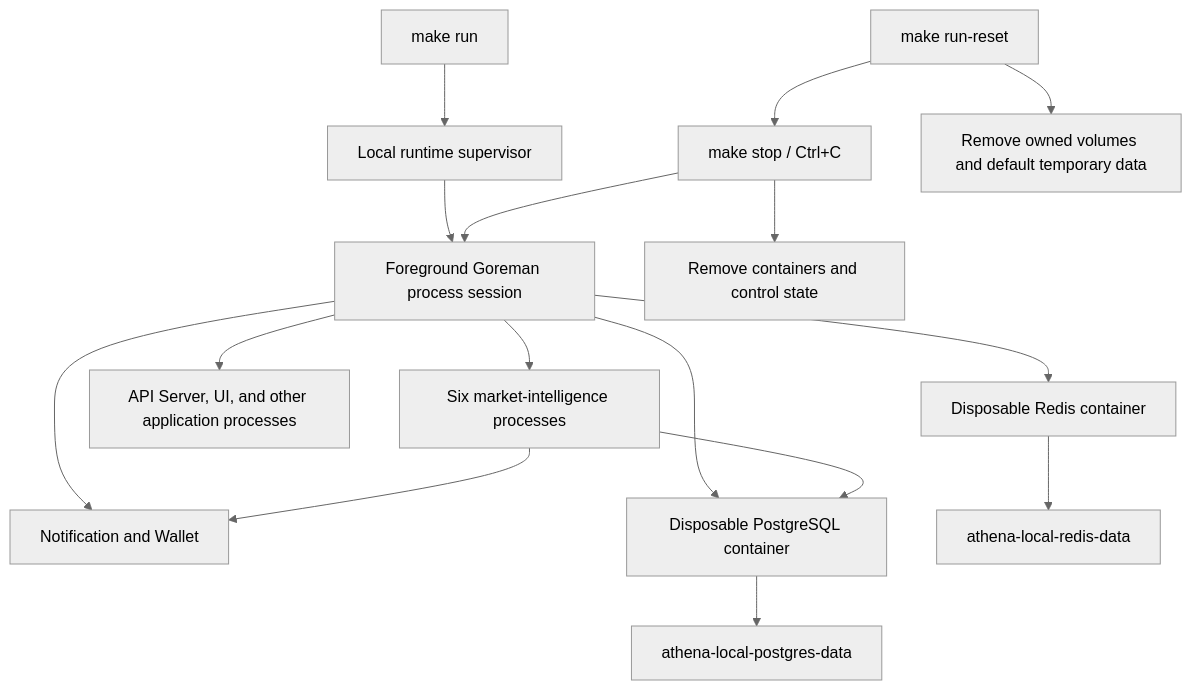
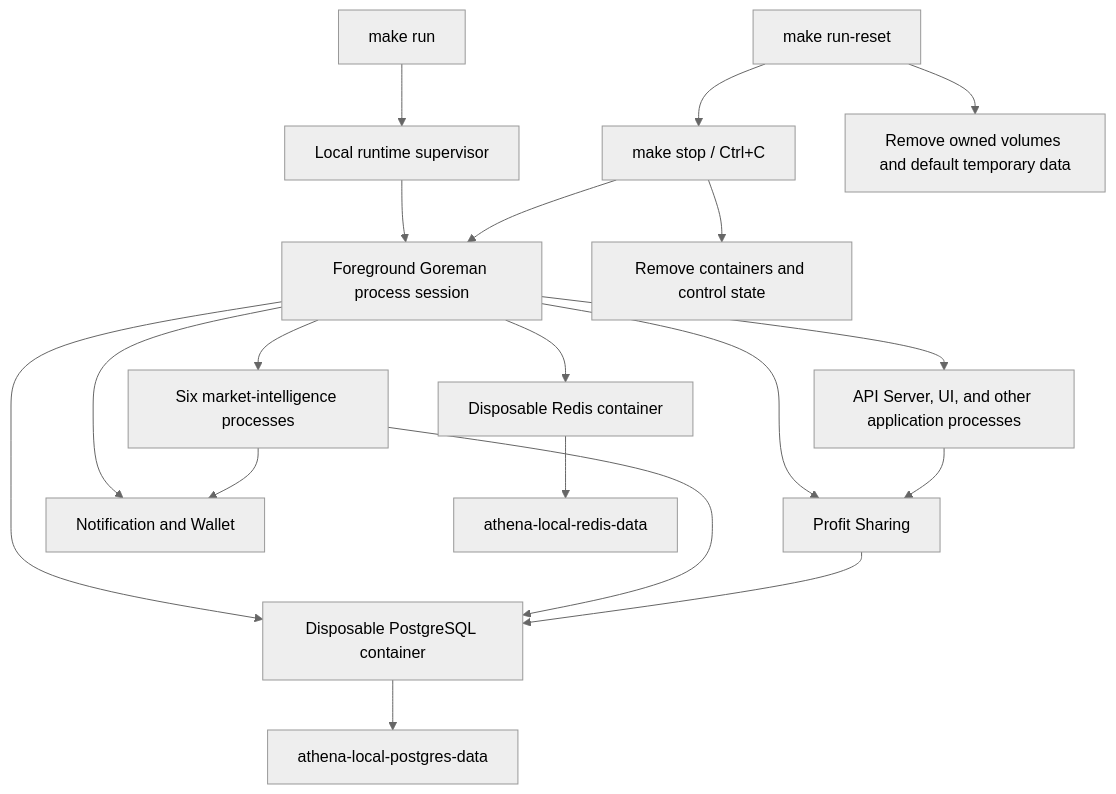
One commit to useryege/athena-o changed the diagram in docs/design/development-runtime/local-runtime-orchestration.md. Above: the diagram before and after it, drawn with Mermaid (neutral theme). The commit also changed other lines of this file and 55 other files, not shown here.

````diff
--- a/docs/design/development-runtime/local-runtime-orchestration.md
+++ b/docs/design/development-runtime/local-runtime-orchestration.md
@@ -33,18 +36,21 @@
 ```mermaid
 flowchart TD
     M["make run"] --> L["Local runtime supervisor"]
     L --> G["Foreground Goreman process session"]
     G --> C["Six market-intelligence processes"]
+    G --> F["Profit Sharing"]
     G --> N["Notification and Wallet"]
     G --> A["API Server, UI, and other application processes"]
     G --> P["Disposable PostgreSQL container"]
     G --> R["Disposable Redis container"]
     C --> P
     C --> N
+    F --> P
+    A --> F
     P --> PV["athena-local-postgres-data"]
     R --> RV["athena-local-redis-data"]
     S["make stop / Ctrl+C"] --> G
     S --> X["Remove containers and control state"]
     Z["make run-reset"] --> S
     Z --> D["Remove owned volumes and default temporary data"]
 ```
````
